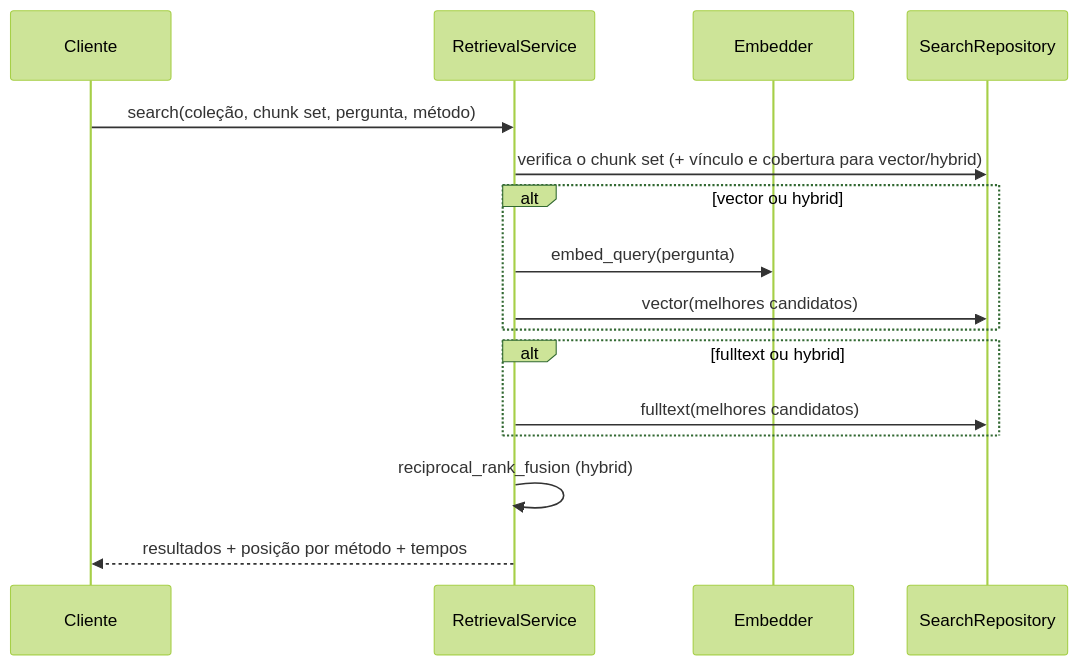
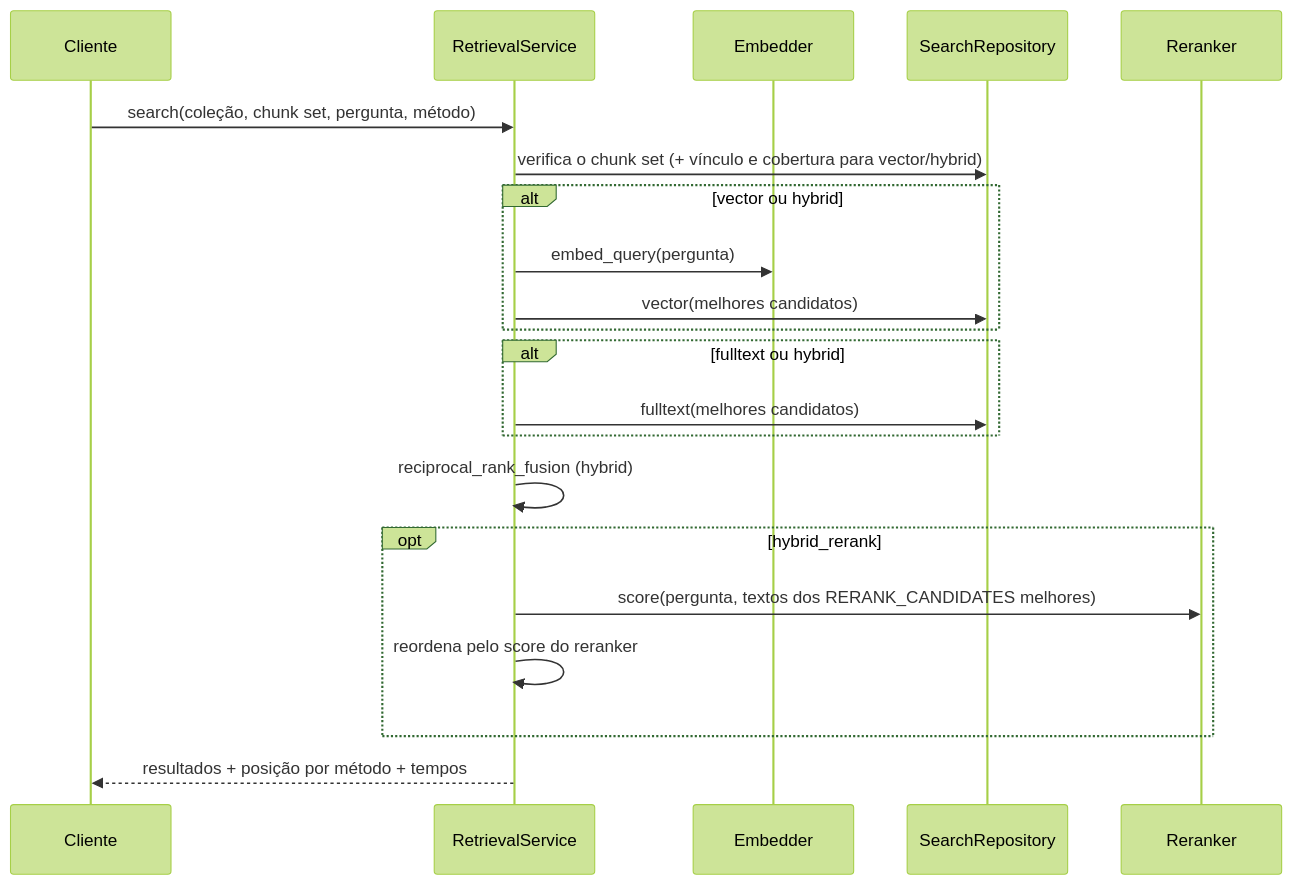
Before and after one commit to lutian/RAG-Benchmark-Lab: the fourth of 4 diagrams in docs/pt-BR/architecture.md, drawn with Mermaid (forest theme). The commit also changed other lines of this file and 17 other files, not shown here.

````diff
--- a/docs/pt-BR/architecture.md
+++ b/docs/pt-BR/architecture.md
@@ -90,18 +90,23 @@
 ```mermaid
 sequenceDiagram
     participant C as Cliente
     participant R as RetrievalService
     participant E as Embedder
     participant DB as SearchRepository
+    participant RR as Reranker
     C->>R: search(coleção, chunk set, pergunta, método)
     R->>DB: verifica o chunk set (+ vínculo e cobertura para vector/hybrid)
     alt vector ou hybrid
         R->>E: embed_query(pergunta)
         R->>DB: vector(melhores candidatos)
     end
     alt fulltext ou hybrid
         R->>DB: fulltext(melhores candidatos)
     end
     R->>R: reciprocal_rank_fusion (hybrid)
+    opt hybrid_rerank
+        R->>RR: score(pergunta, textos dos RERANK_CANDIDATES melhores)
+        R->>R: reordena pelo score do reranker
+    end
     R-->>C: resultados + posição por método + tempos
 ```
````
